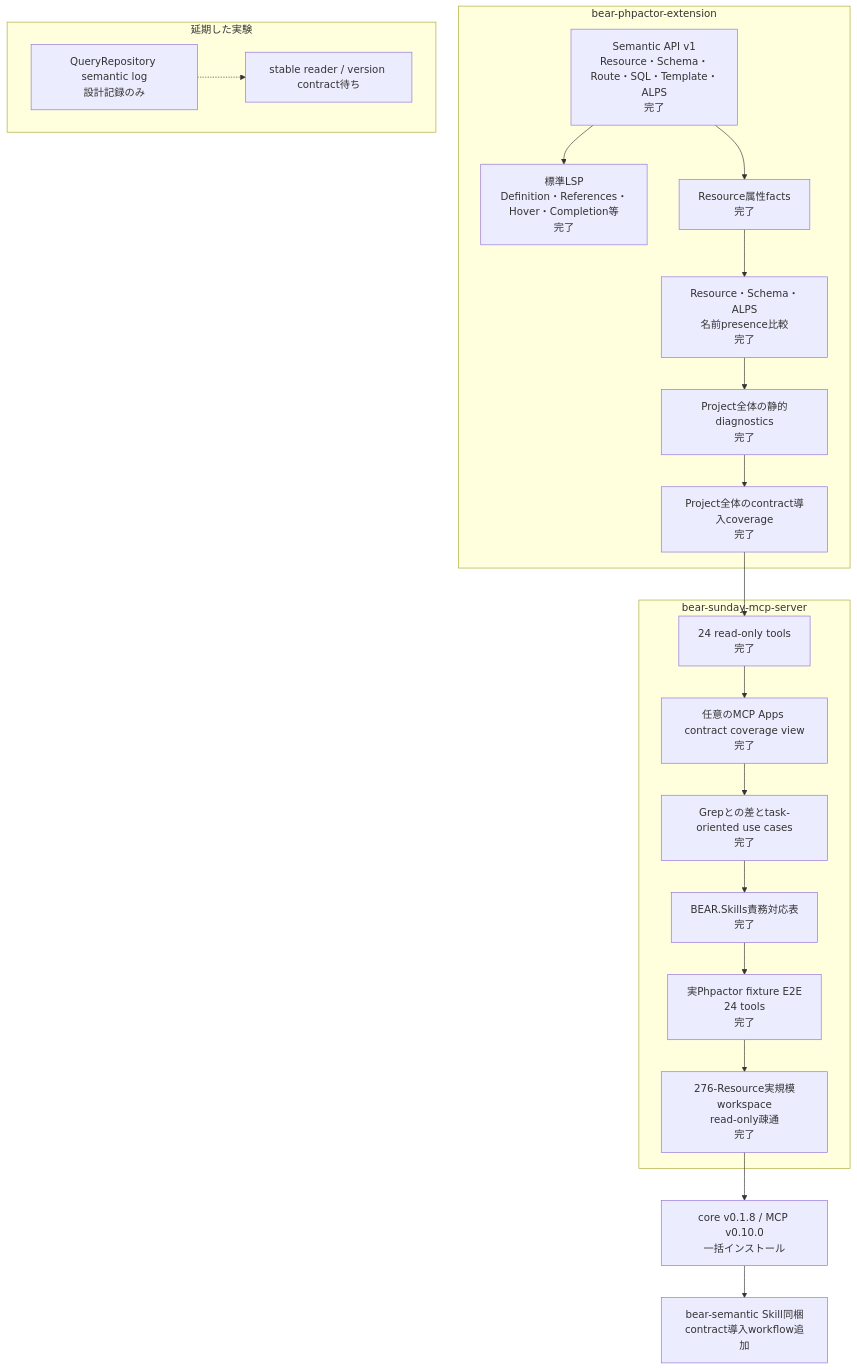
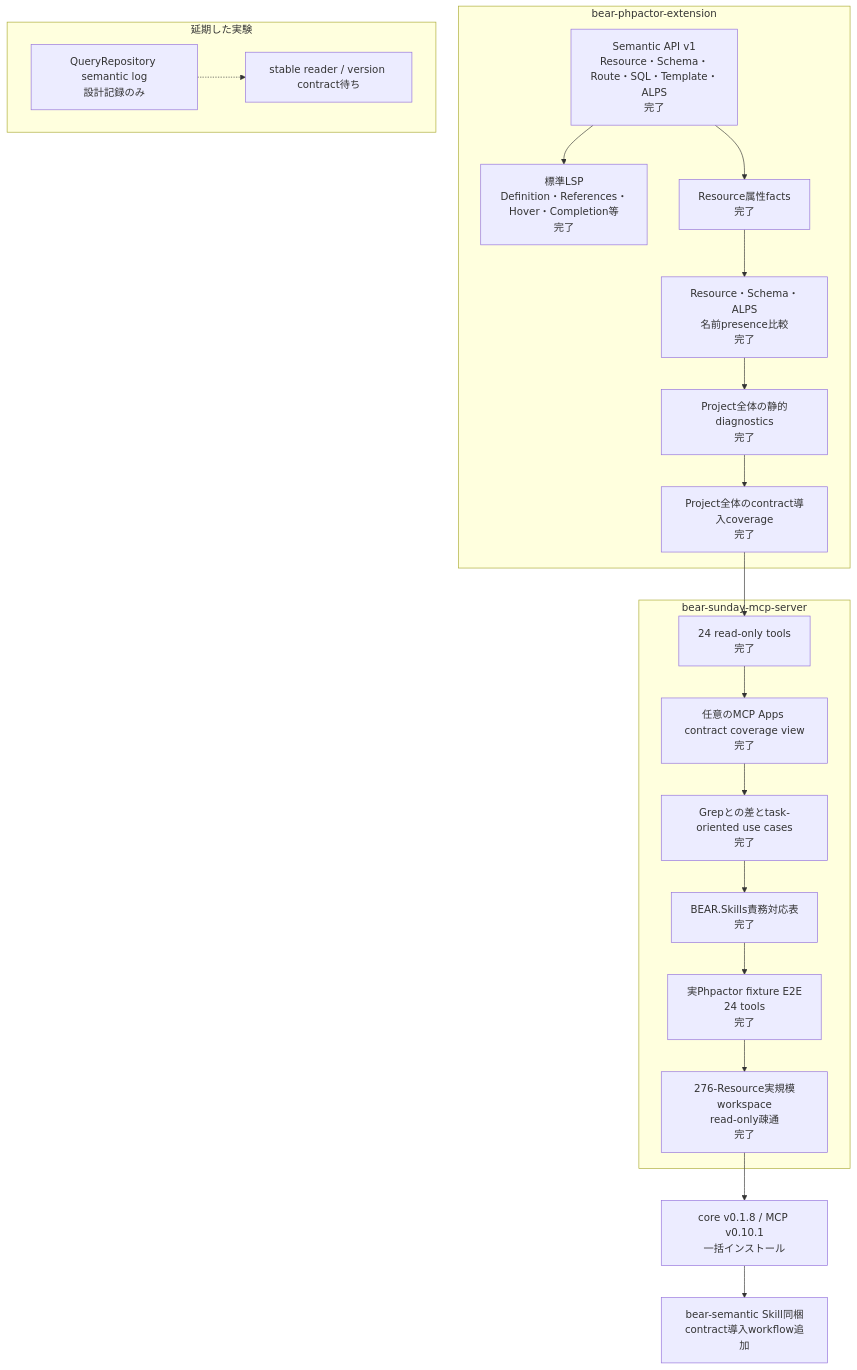
Before and after one commit to suzumaze/bear-sunday-mcp-server: the diagram in docs/project-status.ja.md, drawn with Mermaid. The commit also changed other lines of this file and 4 other files, not shown here.

````diff
--- a/docs/project-status.ja.md
+++ b/docs/project-status.ja.md
@@ -8,34 +8,34 @@
 ```mermaid
 flowchart TB
     subgraph Core["bear-phpactor-extension"]
         C1["Semantic API v1<br/>Resource・Schema・Route・SQL・Template・ALPS<br/>完了"]
         C2["標準LSP<br/>Definition・References・Hover・Completion等<br/>完了"]
         C3["Resource属性facts<br/>完了"]
         C4["Resource・Schema・ALPS<br/>名前presence比較<br/>完了"]
         C5["Project全体の静的diagnostics<br/>完了"]
         C6["Project全体のcontract導入coverage<br/>完了"]
         C1 --> C2
         C1 --> C3 --> C4 --> C5 --> C6
     end
 
     subgraph MCP["bear-sunday-mcp-server"]
         M1["24 read-only tools<br/>完了"]
         M0["任意のMCP Apps contract coverage view<br/>完了"]
         M2["Grepとの差とtask-oriented use cases<br/>完了"]
         M3["BEAR.Skills責務対応表<br/>完了"]
         M4["実Phpactor fixture E2E<br/>24 tools<br/>完了"]
         M5["276-Resource実規模workspace<br/>read-only疎通<br/>完了"]
         M1 --> M0 --> M2 --> M3 --> M4 --> M5
     end
 
     C6 --> M1
 
     subgraph Deferred["延期した実験"]
         D1["QueryRepository semantic log<br/>設計記録のみ"]
         D2["stable reader / version contract待ち"]
         D1 -.-> D2
     end
 
-    M5 --> R1["core v0.1.8 / MCP v0.10.0<br/>一括インストール"]
+    M5 --> R1["core v0.1.8 / MCP v0.10.1<br/>一括インストール"]
     R1 --> S1["bear-semantic Skill同梱<br/>contract導入workflow追加"]
 ```
````
